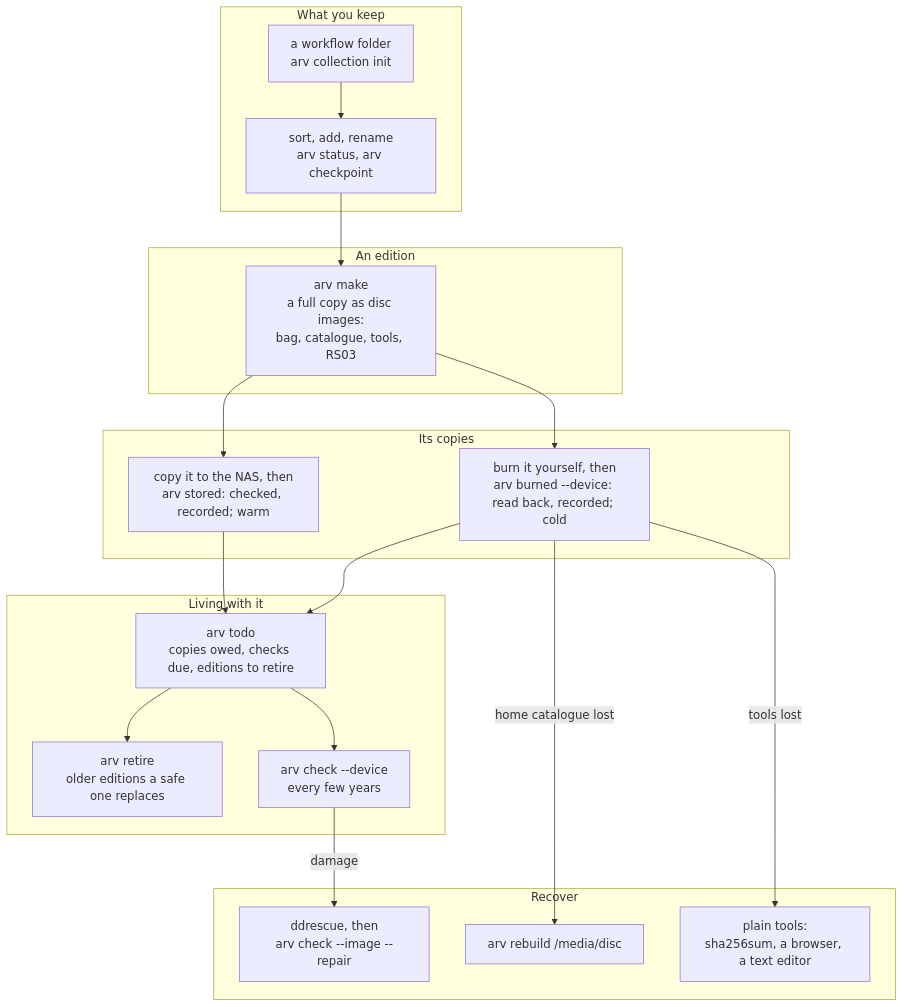
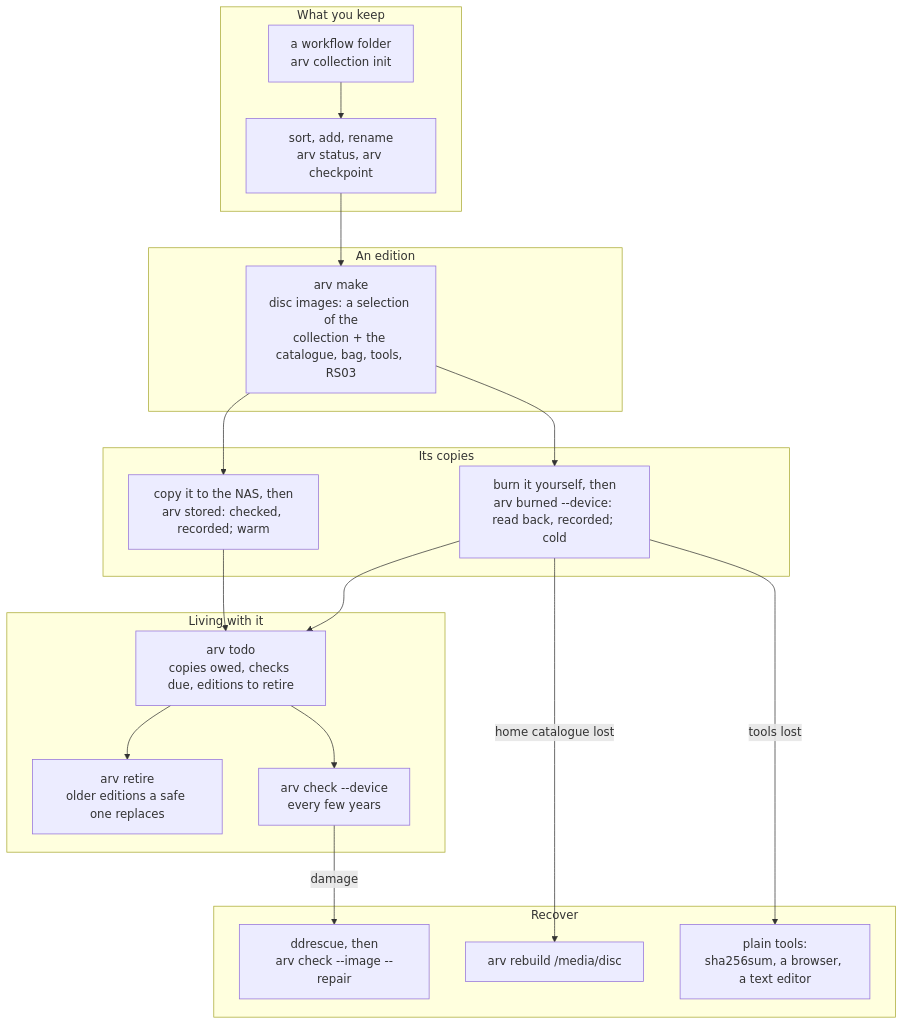
Before and after one commit to mofosyne/arv: the diagram in docs/workflow.md, drawn with Mermaid. The commit also changed other lines of this file and 16 other files, not shown here.

First line of the commit message:
Reword "edition": a set of discs, not a full copy

````diff
--- a/docs/workflow.md
+++ b/docs/workflow.md
@@ -20,24 +21,24 @@
 ```mermaid
 flowchart TD
     subgraph keep [What you keep]
         W[a workflow folder<br/>arv collection init] --> S[sort, add, rename<br/>arv status, arv checkpoint]
     end
     subgraph make [An edition]
-        S --> M[arv make<br/>a full copy as disc images:<br/>bag, catalogue, tools, RS03]
+        S --> M[arv make<br/>disc images: a selection of the<br/>collection + the catalogue, bag, tools, RS03]
     end
     subgraph copies [Its copies]
         M --> B[burn it yourself, then<br/>arv burned --device: read back, recorded; cold]
         M --> N[copy it to the NAS, then<br/>arv stored: checked, recorded; warm]
     end
     subgraph live [Living with it]
         B --> T[arv todo<br/>copies owed, checks due, editions to retire]
         N --> T
         T --> R[arv retire<br/>older editions a safe one replaces]
         T --> C[arv check --device<br/>every few years]
     end
     subgraph recover [Recover]
         C -- damage --> D[ddrescue, then<br/>arv check --image --repair]
         B -- home catalogue lost --> RB[arv rebuild /media/disc]
         B -- tools lost --> P[plain tools:<br/>sha256sum, a browser, a text editor]
     end
 ```
````
